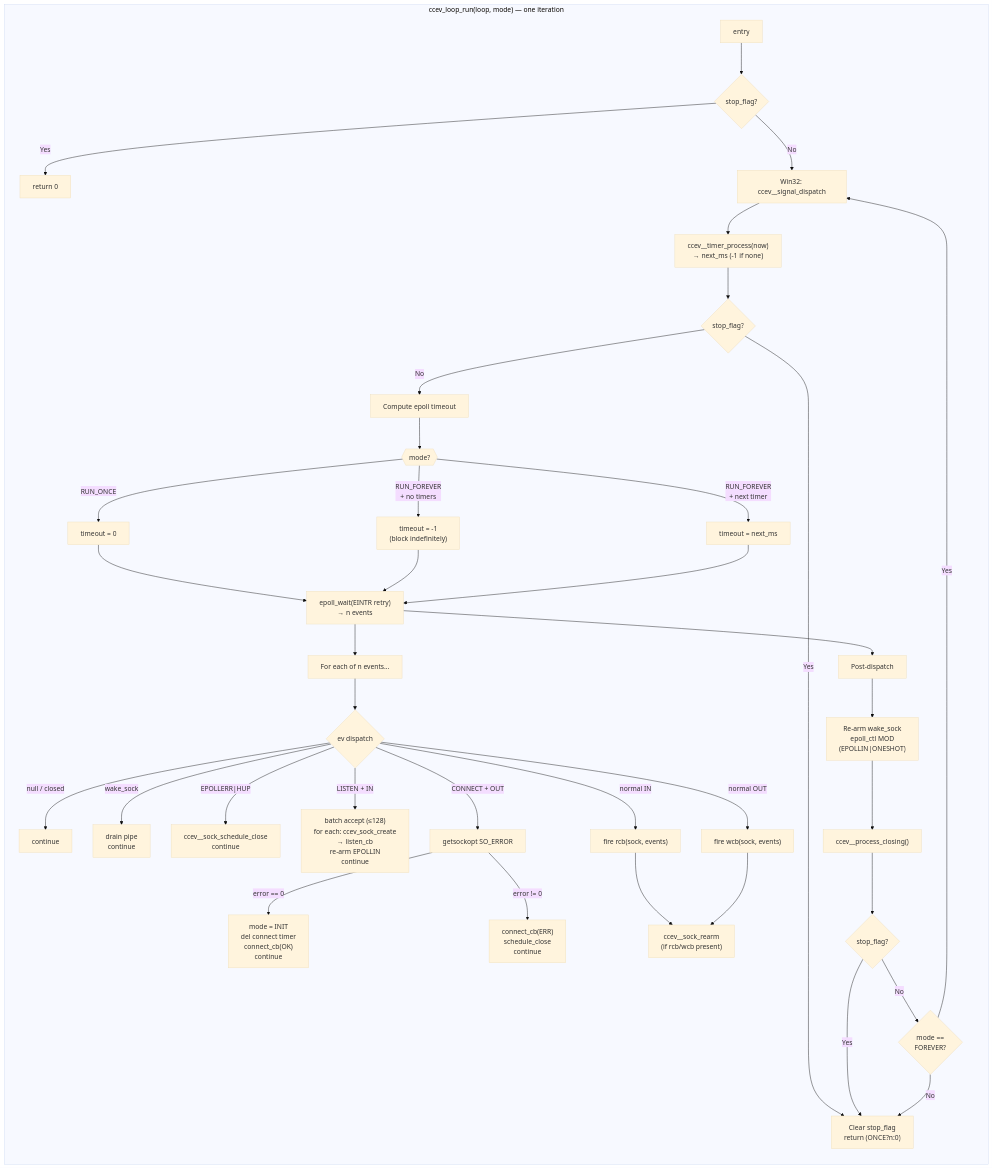
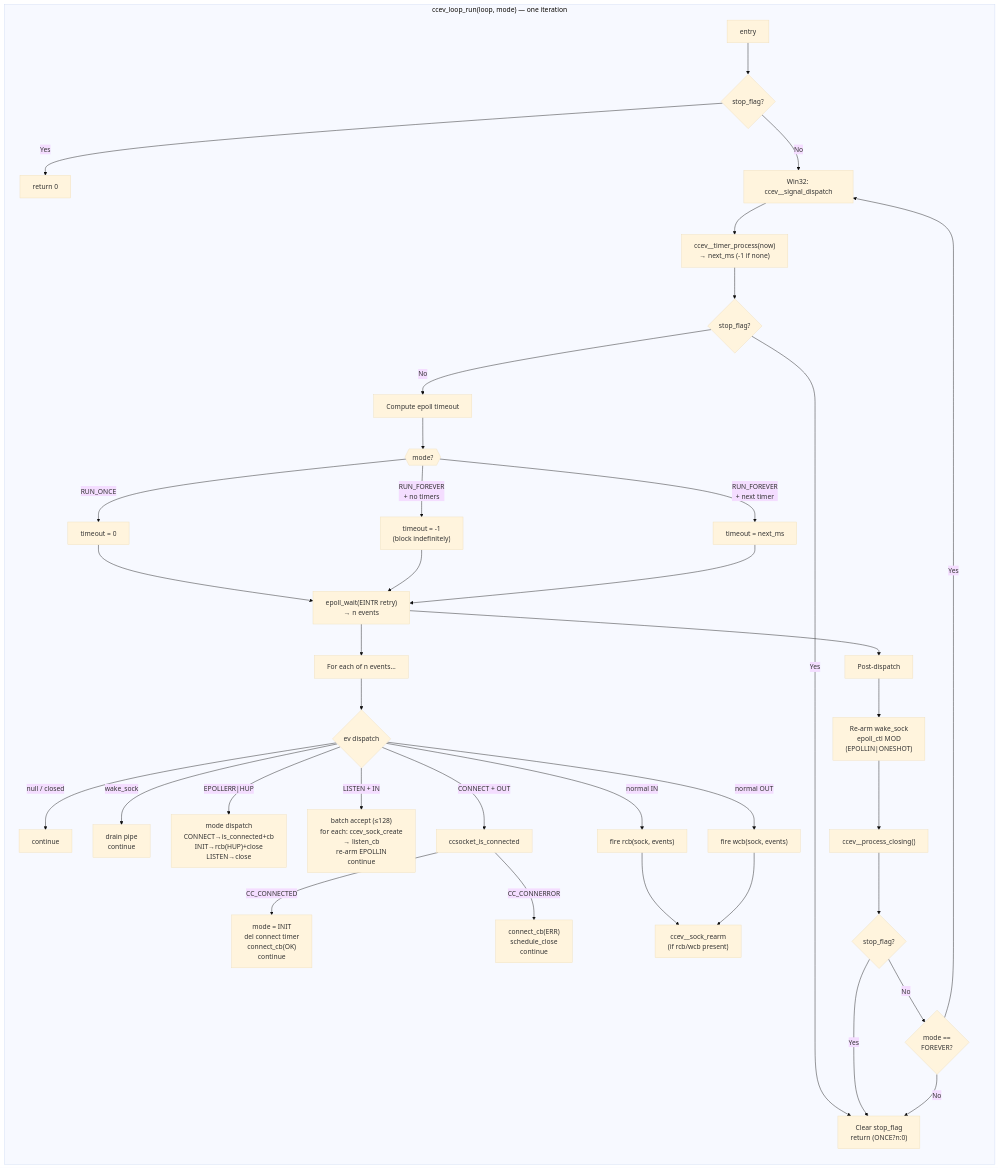
One commit to CandyMi/ccev changed the second of 3 diagrams in README.md. Above: the diagram before and after it, drawn with Mermaid (base theme). The commit also changed other lines of this file and 4 other files, not shown here.

First line of the commit message:
fix: replace getsockopt(SO_ERROR) with ccsocket_is_connected for connect completion

````diff
--- a/README.md
+++ b/README.md
@@ -58,49 +58,49 @@
 ```mermaid
 flowchart TD
     subgraph Run["ccev_loop_run(loop, mode) — one iteration"]
         direction TB
         ENTER["entry"] --> Q0{"stop_flag?"}
         Q0 -->|"Yes"| EXIT0["return 0"]
         Q0 -->|"No"| WIN["Win32: ccev__signal_dispatch"]
         
         WIN --> T1["ccev__timer_process(now)\n→ next_ms (-1 if none)"]
         T1 --> Q1{"stop_flag?"}
         Q1 -->|"Yes"| EXIT
         Q1 -->|"No"| TO["Compute epoll timeout"]
         
         TO --> TOC{{"mode?"}}
         TOC -->|"RUN_ONCE"| TO0["timeout = 0"]
         TOC -->|"RUN_FOREVER\n+ no timers"| TOM1["timeout = -1\n(block indefinitely)"]
         TOC -->|"RUN_FOREVER\n+ next timer"| TOM2["timeout = next_ms"]
         
         TO0 --> EW["epoll_wait(EINTR retry)\n→ n events"]
         TOM1 --> EW
         TOM2 --> EW
         
         EW --> DISPATCH["For each of n events..."]
         
         DISPATCH --> EVT{"ev dispatch"}
         EVT -->|"null / closed"| SKIP["continue"]
         EVT -->|"wake_sock"| WAKE["drain pipe\ncontinue"]
-        EVT -->|"EPOLLERR|HUP"| HUP["ccev__sock_schedule_close\ncontinue"]
+        EVT -->|"EPOLLERR|HUP"| HUP["mode dispatch\nCONNECT→is_connected+cb\nINIT→rcb(HUP)+close\nLISTEN→close"]
         EVT -->|"LISTEN + IN"| LISTEN["batch accept (≤128)\nfor each: ccev_sock_create\n→ listen_cb\nre-arm EPOLLIN\ncontinue"]
-        EVT -->|"CONNECT + OUT"| CONN["getsockopt SO_ERROR"]
-        CONN -->|"error == 0"| CONNOK["mode = INIT\ndel connect timer\nconnect_cb(OK)\ncontinue"]
-        CONN -->|"error != 0"| CONNERR["connect_cb(ERR)\nschedule_close\ncontinue"]
+        EVT -->|"CONNECT + OUT"| CONN["ccsocket_is_connected"]
+        CONN -->|"CC_CONNECTED"| CONNOK["mode = INIT\ndel connect timer\nconnect_cb(OK)\ncontinue"]
+        CONN -->|"CC_CONNERROR"| CONNERR["connect_cb(ERR)\nschedule_close\ncontinue"]
         EVT -->|"normal IN"| READ["fire rcb(sock, events)"]
         EVT -->|"normal OUT"| WRITE["fire wcb(sock, events)"]
         
         READ --> REARM["ccev__sock_rearm\n(if rcb/wcb present)"]
         WRITE --> REARM
         
         EW --> POST["Post-dispatch"]
         POST --> RWAKE["Re-arm wake_sock\nepoll_ctl MOD\n(EPOLLIN|ONESHOT)"]
         RWAKE --> CLOSING["ccev__process_closing()"]
         CLOSING --> Q2{"stop_flag?"}
         Q2 -->|"No"| Q3{"mode ==\nFOREVER?"}
         Q3 -->|"Yes"| WIN
     end
     
     Q2 -->|"Yes"| EXIT["Clear stop_flag\nreturn (ONCE?n:0)"]
     Q3 -->|"No"| EXIT
 ```
````
